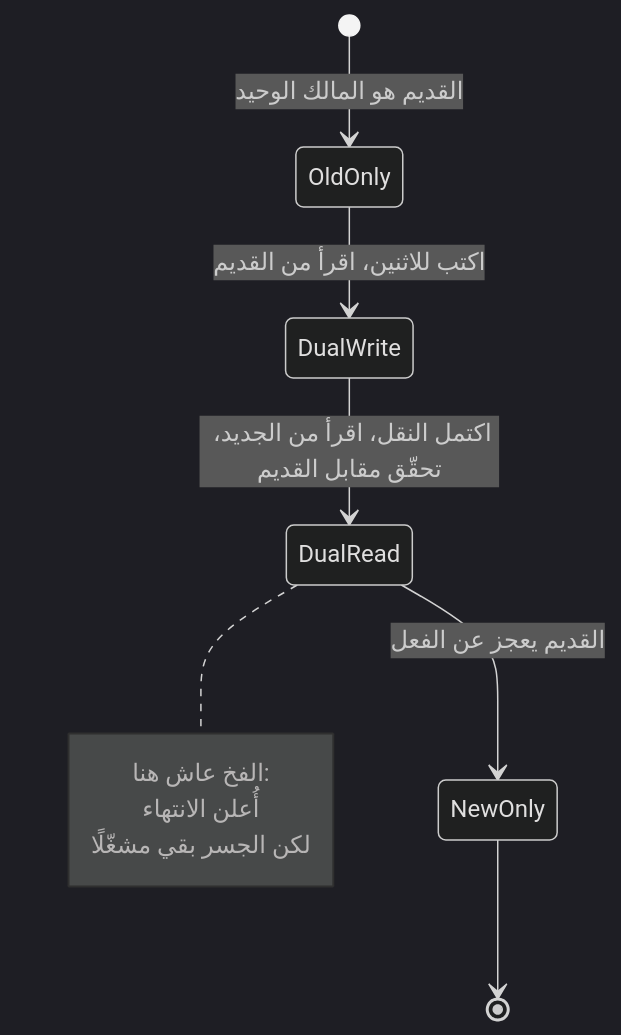
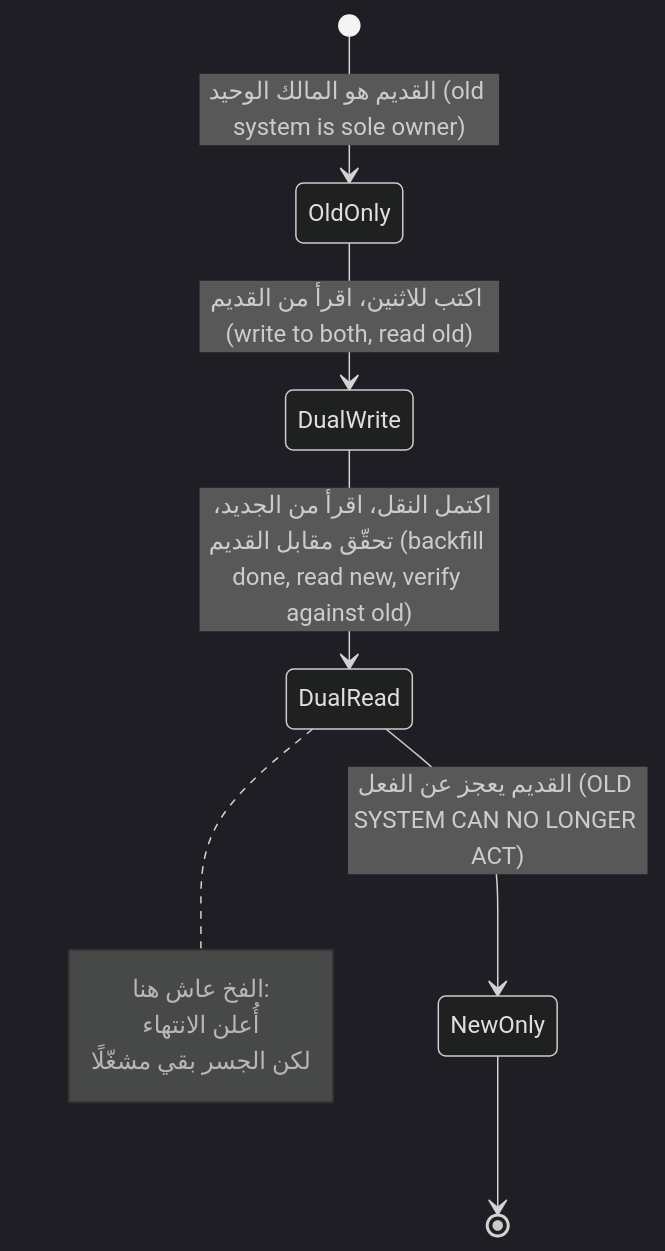
The third of 10 diagrams in modules/02-data-storage-backups/module.ar.md (Tamoura/system-design-for-vibe-coders), drawn with Mermaid (dark theme) before and after one commit. The commit also changed other lines of this file and 62 other files, not shown here.

First line of the commit message:
Arabic editions: English on every diagram label, RTL fixes, rebuild

````diff
--- a/modules/02-data-storage-backups/module.ar.md
+++ b/modules/02-data-storage-backups/module.ar.md
@@ -211,13 +211,13 @@
 ```mermaid
 stateDiagram-v2
-    [*] --> OldOnly: القديم هو المالك الوحيد
-    OldOnly --> DualWrite: اكتب للاثنين، اقرأ من القديم
-    DualWrite --> DualRead: اكتمل النقل، اقرأ من الجديد، تحقّق مقابل القديم
-    DualRead --> NewOnly: القديم يعجز عن الفعل
+    [*] --> OldOnly: القديم هو المالك الوحيد (old system is sole owner)
+    OldOnly --> DualWrite: اكتب للاثنين، اقرأ من القديم (write to both, read old)
+    DualWrite --> DualRead: اكتمل النقل، اقرأ من الجديد، تحقّق مقابل القديم (backfill done, read new, verify against old)
+    DualRead --> NewOnly: القديم يعجز عن الفعل (OLD SYSTEM CAN NO LONGER ACT)
     NewOnly --> [*]
     note right of DualRead
         الفخ عاش هنا:
         أُعلن الانتهاء
         لكن الجسر بقي مشغّلًا
     end note
 ```
````
